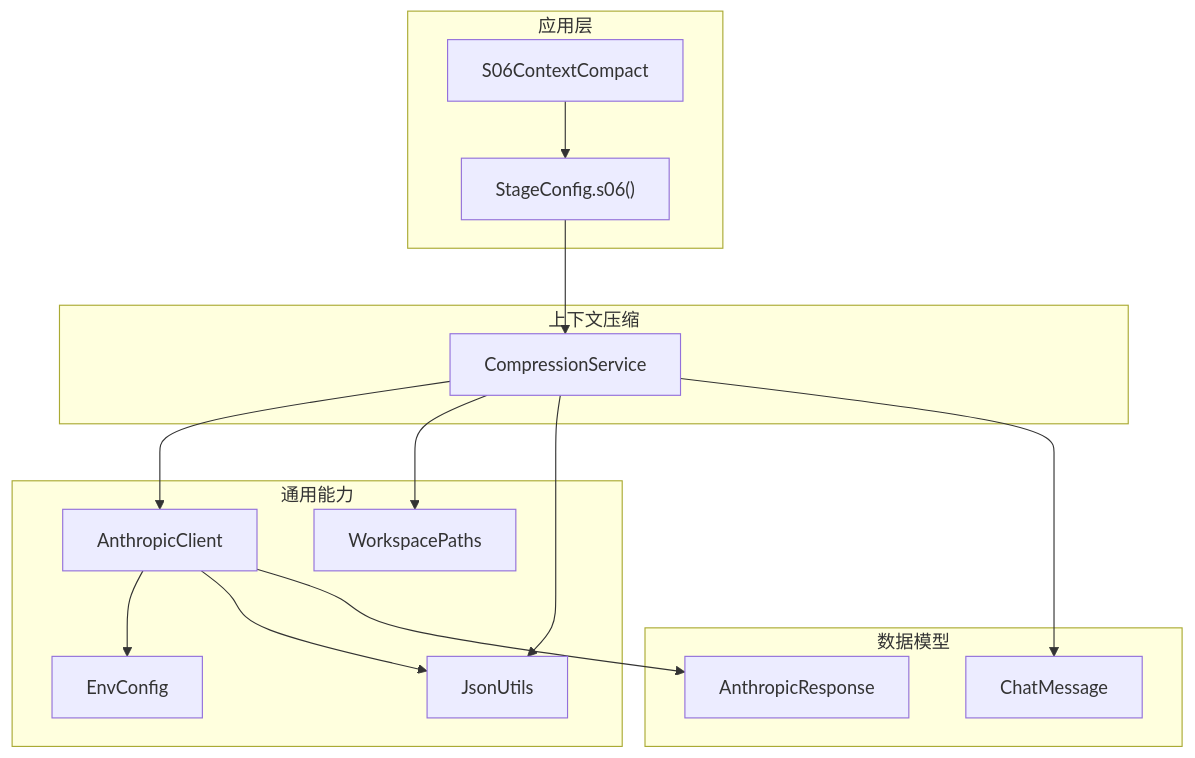
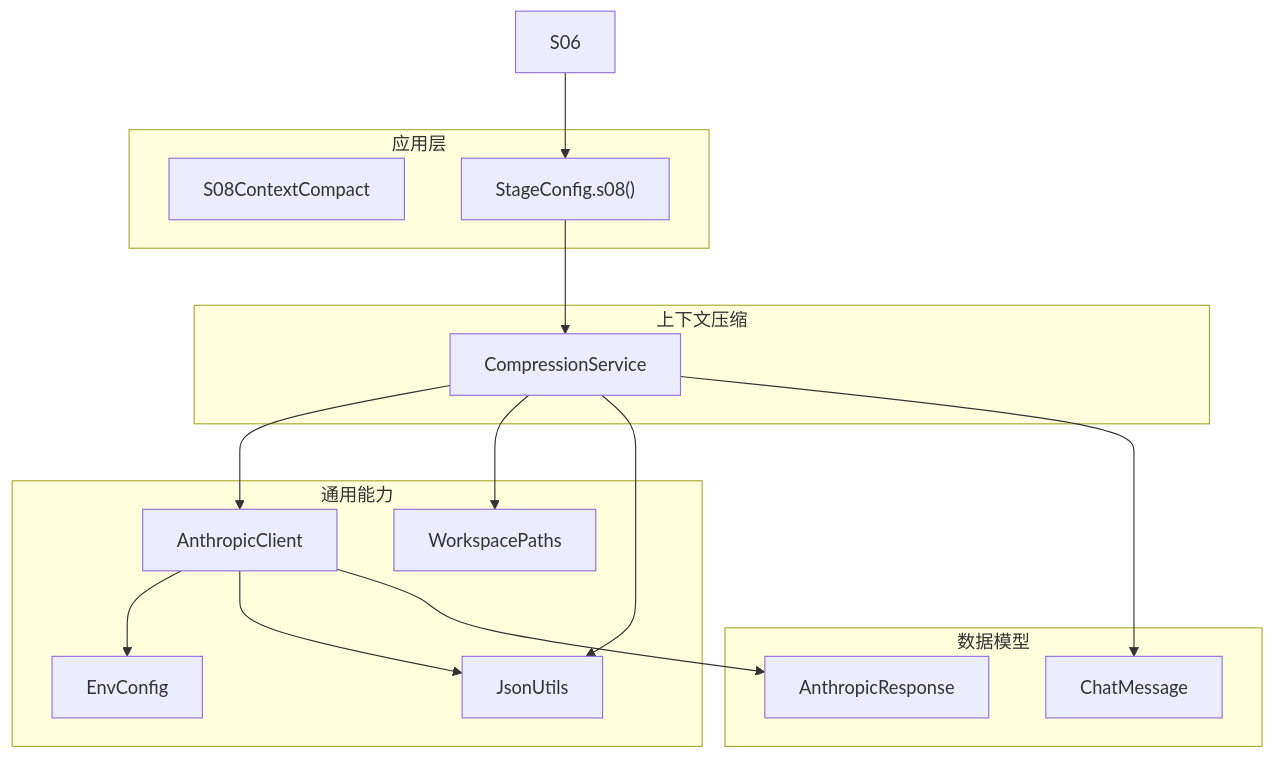
One commit to chenlds1994/learn-claude-code-java changed the first of 5 diagrams in .qoder/repowiki/zh/content/架构设计/组件关系与依赖/上下文压缩依赖.md. Above: the diagram before and after it, drawn with Mermaid. The commit also changed other lines of this file and 143 other files, not shown here.

First line of the commit message:
更新 repowiki 与 drawio 教程图至 17 阶段结构

````diff
--- a/.qoder/repowiki/zh/content/架构设计/组件关系与依赖/上下文压缩依赖.md
+++ b/.qoder/repowiki/zh/content/架构设计/组件关系与依赖/上下文压缩依赖.md
@@ -39,29 +39,29 @@
 ```mermaid
 graph TB
 subgraph "应用层"
-S06["S06ContextCompact"]
-Stage["StageConfig.s06()"]
+S08["S08ContextCompact"]
+Stage["StageConfig.s08()"]
 end
 subgraph "上下文压缩"
 CS["CompressionService"]
 end
 subgraph "通用能力"
 AC["AnthropicClient"]
 EC["EnvConfig"]
 JP["JsonUtils"]
 WP["WorkspacePaths"]
 end
 subgraph "数据模型"
 CM["ChatMessage"]
 AR["AnthropicResponse"]
 end
 S06 --> Stage
 Stage --> CS
 CS --> AC
 CS --> WP
 CS --> JP
 AC --> EC
 AC --> JP
 CS --> CM
 AC --> AR
 ```
````
